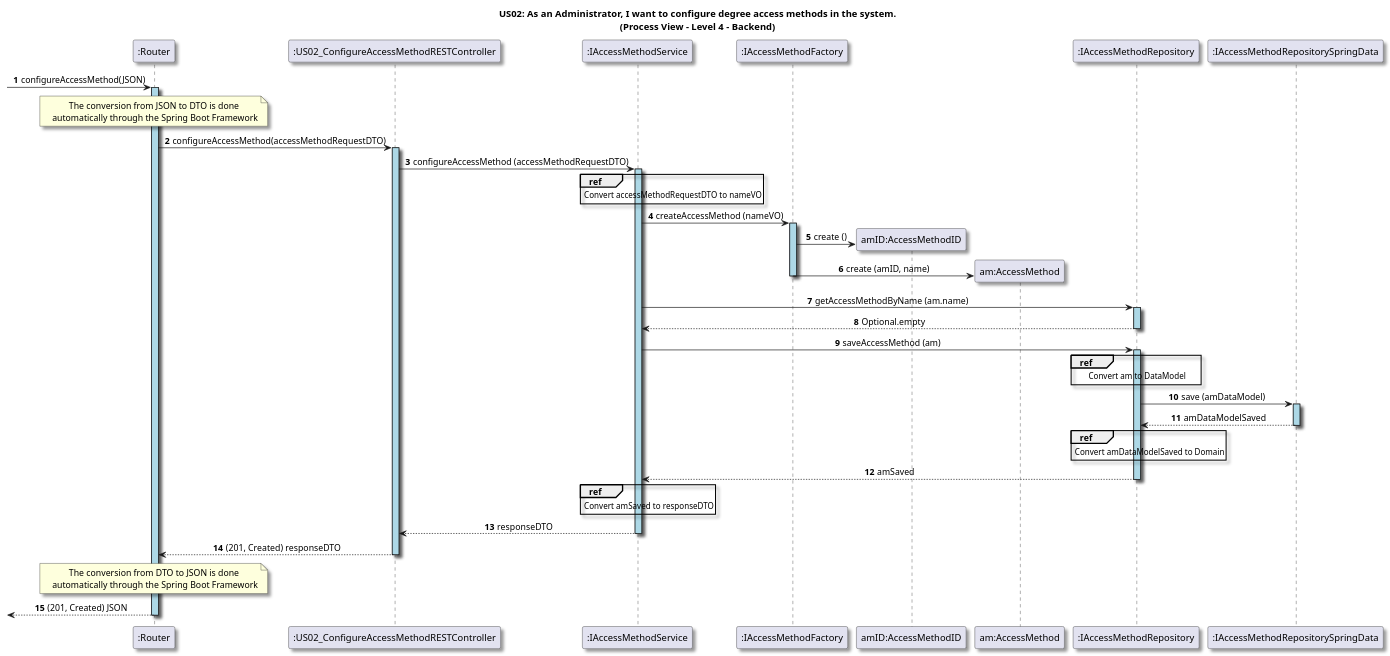
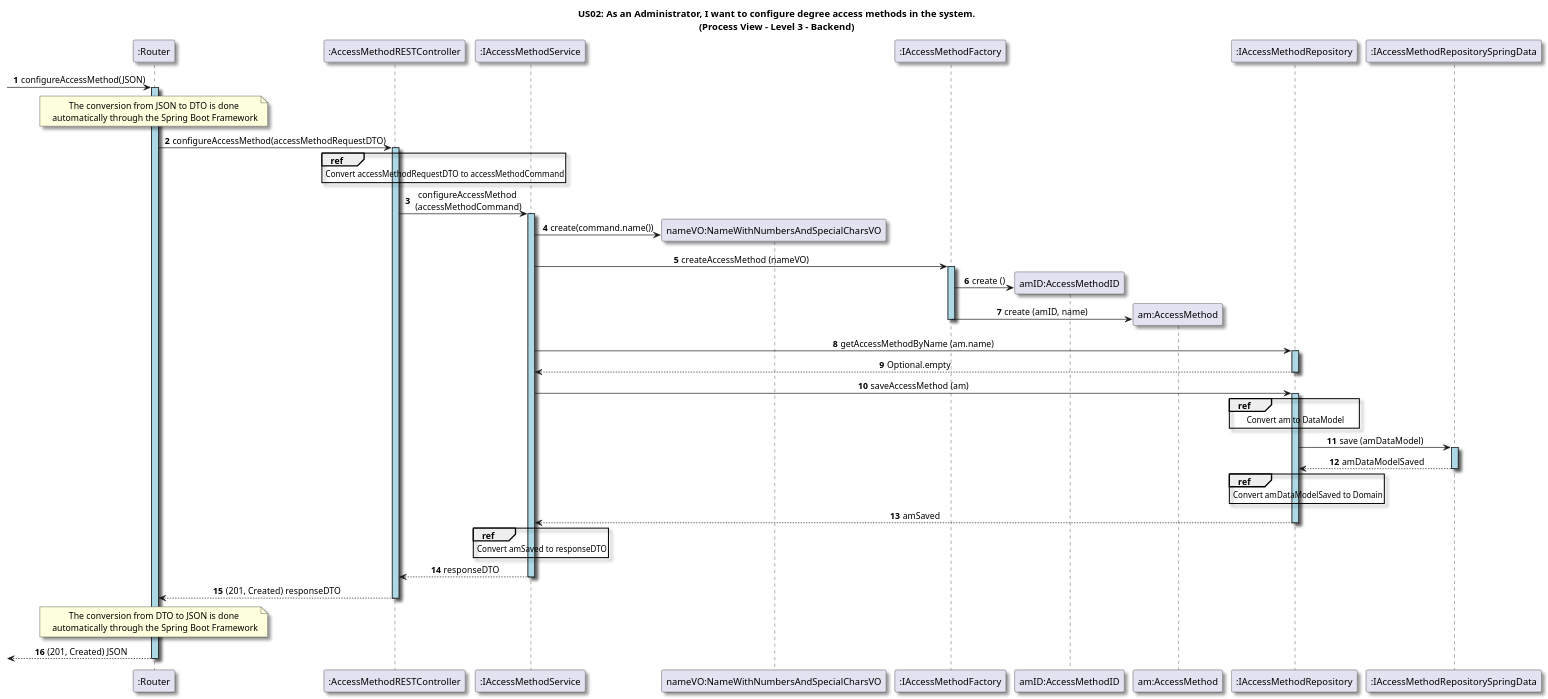
Before and after one commit to GasparISEP/DevOps-PAI: the diagram in docs/US02/Sprint6_RestAPI/ProcessView/Level3.puml, drawn with PlantUML.

Commit message:
refactor (diagrams): Update the process view at level 3 diagram (#555 #538)

```diff
--- a/docs/US02/Sprint6_RestAPI/ProcessView/Level3.puml
+++ b/docs/US02/Sprint6_RestAPI/ProcessView/Level3.puml
@@ -1,86 +1,85 @@
 @startuml
 
-title US02: As an Administrator, I want to configure degree access methods in the system.\n(Process View - Level 4 - Backend)
+title US02: As an Administrator, I want to configure degree access methods in the system.\n(Process View - Level 3 - Backend)
 
 skinparam defaultTextAlignment center
 skinparam shadowing true
 
 
 autonumber
 
 participant ":Router" as router
 -> router: configureAccessMethod(JSON)
 activate router #LightBlue
 note over router: The conversion from JSON to DTO is done\n automatically through the Spring Boot Framework
 
+participant ":AccessMethodRESTController" as Controller
+router -> Controller: configureAccessMethod(accessMethodRequestDTO)
+activate Controller #LightBlue
 
-participant ":US02_ConfigureAccessMethodRESTController" as Controller
-router -> Controller: configureAccessMethod(accessMethodRequestDTO)
-activate Controller #LightBlue 
+ref over Controller
+    Convert accessMethodRequestDTO to accessMethodCommand
+end
 
 participant ":IAccessMethodService" as service
-Controller -> service: configureAccessMethod (accessMethodRequestDTO)
+Controller -> service: configureAccessMethod\n (accessMethodCommand)
 activate service #LightBlue
 
-'create "nameVO:Assembler" as Assembler
-'service-> Assembler: RequestDTO2VO (accessMethodRequestDTO)
-'deactivate Assembler
-ref over service
-    Convert accessMethodRequestDTO to nameVO
-end
+create "nameVO:NameWithNumbersAndSpecialCharsVO"
+service -> "nameVO:NameWithNumbersAndSpecialCharsVO": create(command.name())
 
 participant ":IAccessMethodFactory" as Factory
 service -> Factory: createAccessMethod (nameVO)
 activate Factory #LightBlue 
 
 create "amID:AccessMethodID"
 Factory -> "amID:AccessMethodID": create ()
 
 create "am:AccessMethod"
 Factory -> "am:AccessMethod": create (amID, name)
 deactivate Factory
 
 participant ":IAccessMethodRepository" as Repository
 service -> Repository: getAccessMethodByName (am.name)
 activate Repository #LightBlue 
 Repository --> service: Optional.empty
 deactivate Repository
 
 service -> Repository: saveAccessMethod (am)
 activate Repository #LightBlue 
 
 ref over Repository
     Convert am to DataModel
 end
 
 participant ":IAccessMethodRepositorySpringData" as springDataRepository
 Repository -> springDataRepository: save (amDataModel)
 activate springDataRepository #LightBlue 
 springDataRepository --> Repository : amDataModelSaved
 deactivate springDataRepository
 
 ref over Repository
     Convert amDataModelSaved to Domain
 end
 
 Repository --> service: amSaved
 deactivate Repository
 
 'create "responseDTO:Assembler" as Assembler2
 'service -> Assembler2: VO2ResponseDTO (amSaved)
 ref over service
     Convert amSaved to responseDTO
 end
 service --> Controller: responseDTO
 
 deactivate service
 
 Controller --> router: (201, Created) responseDTO
 deactivate Controller
 
 note over router: The conversion from DTO to JSON is done\n automatically through the Spring Boot Framework
 
 <-- router: (201, Created) JSON
 deactivate router
 
 @enduml
```
